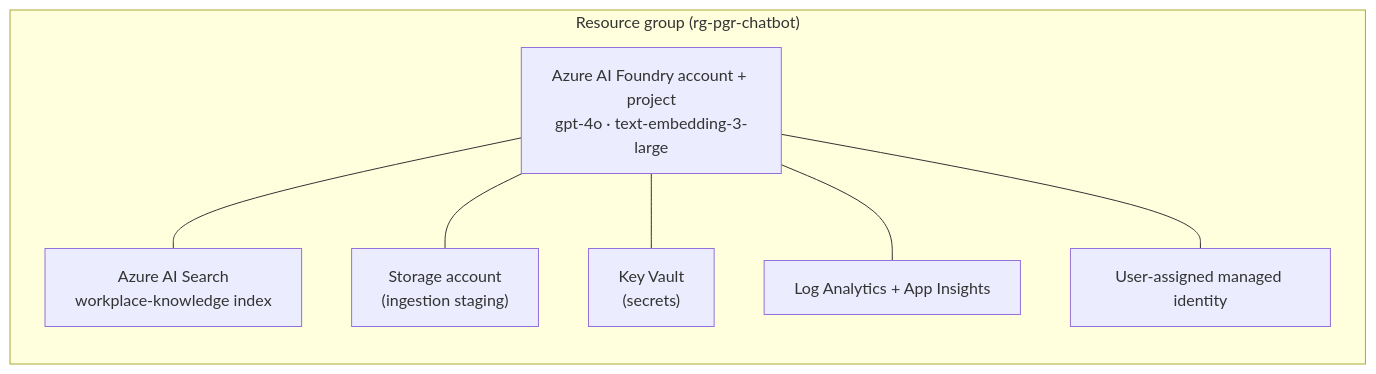
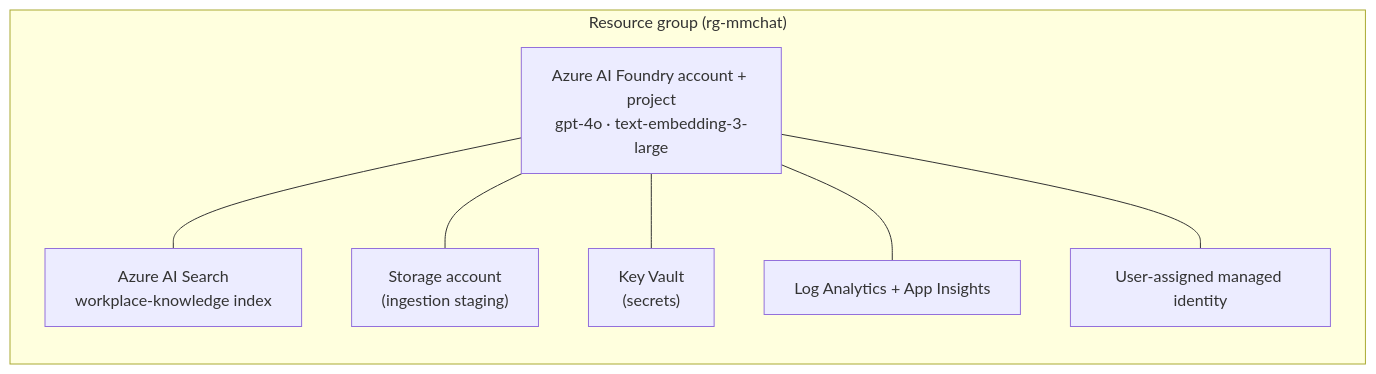
One commit to mkabukcu7/sharepoint-foundry changed the diagram in docs/DEPLOYMENT.md. Above: the diagram before and after it, drawn with Mermaid. The commit also changed other lines of this file and 17 other files, not shown here.

````diff
--- a/docs/DEPLOYMENT.md
+++ b/docs/DEPLOYMENT.md
@@ -16,16 +16,16 @@
 ```mermaid
 flowchart LR
-    subgraph RG["Resource group (rg-pgr-chatbot)"]
+    subgraph RG["Resource group (rg-mmchat)"]
         F["Azure AI Foundry account + project<br/>gpt-4o · text-embedding-3-large"]
         S["Azure AI Search<br/>workplace-knowledge index"]
         ST["Storage account<br/>(ingestion staging)"]
         KV["Key Vault<br/>(secrets)"]
         MON["Log Analytics + App Insights"]
         ID["User-assigned managed identity"]
     end
     F --- S
     F --- ST
     F --- KV
     F --- MON
     F --- ID
 ```
````
